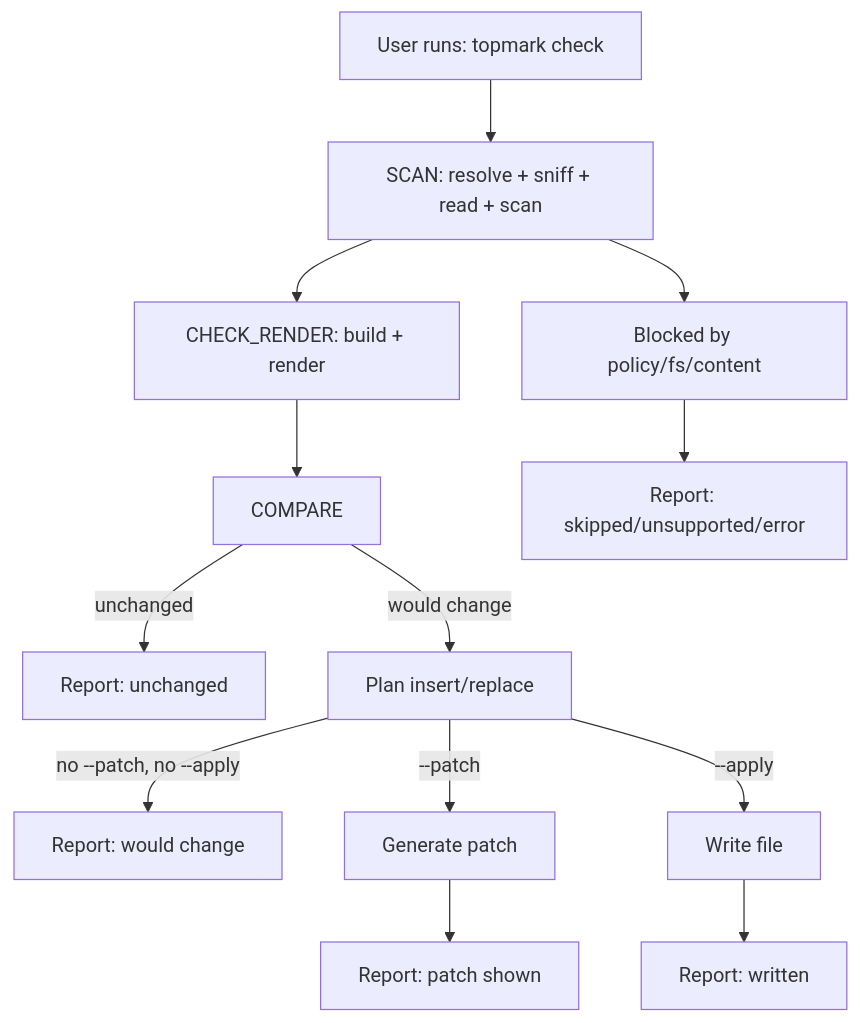
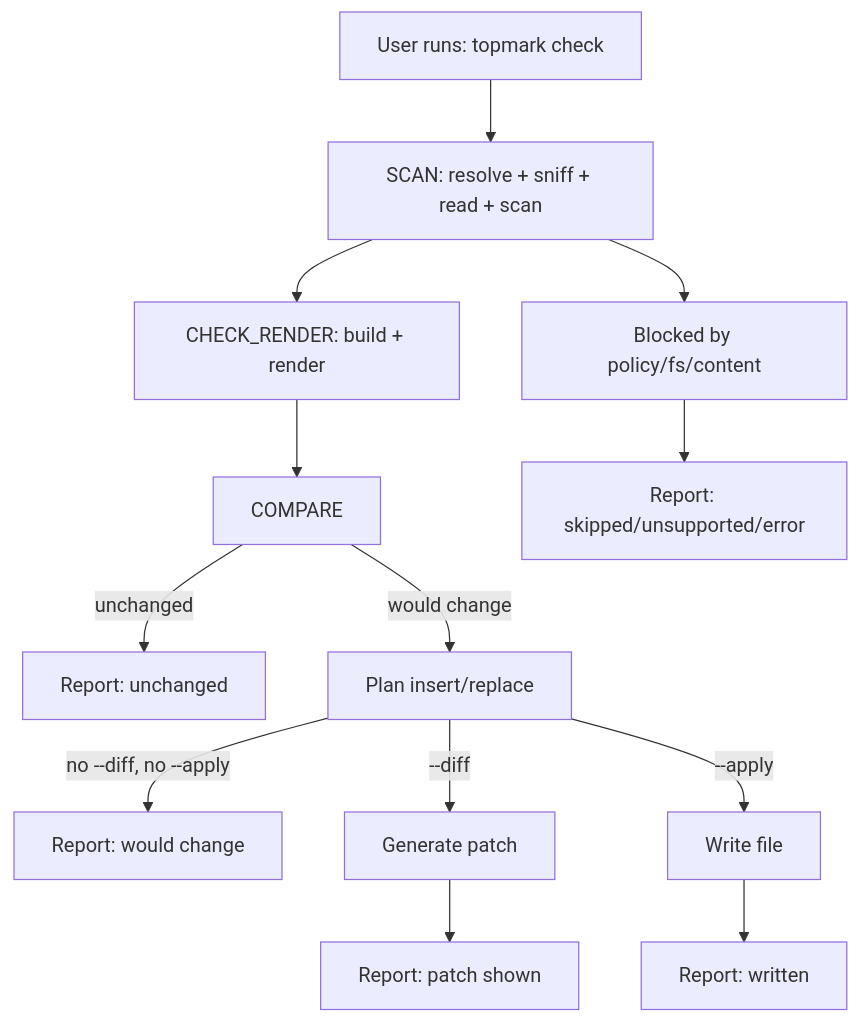
Before and after one commit to shutterfreak/topmark: diagram 24 of 25 in docs/dev/pipelines.md, drawn with Mermaid. The commit also changed other lines of this file and 37 other files, not shown here.

````diff
--- a/docs/dev/pipelines.md
+++ b/docs/dev/pipelines.md
@@ -962,28 +971,28 @@
 ```mermaid
 flowchart TD
   A[User runs: topmark check]
   B[SCAN: resolve + sniff + read + scan]
   C[CHECK_RENDER: build + render]
   D[COMPARE]
   E[Report: unchanged]
   F[Plan insert/replace]
   G[Report: would change]
   H[Generate patch]
   I[Write file]
   J[Report: patch shown]
   K[Report: written]
   L[Blocked by policy/fs/content]
   M[Report: skipped/unsupported/error]
 
   A --> B
   B --> C
   C --> D
   D -->|unchanged| E
   D -->|would change| F
-  F -->|no --patch, no --apply| G
-  F -->|--patch| H
+  F -->|no --diff, no --apply| G
+  F -->|--diff| H
   F -->|--apply| I
   H --> J
   I --> K
   B --> L --> M
 ```
````
